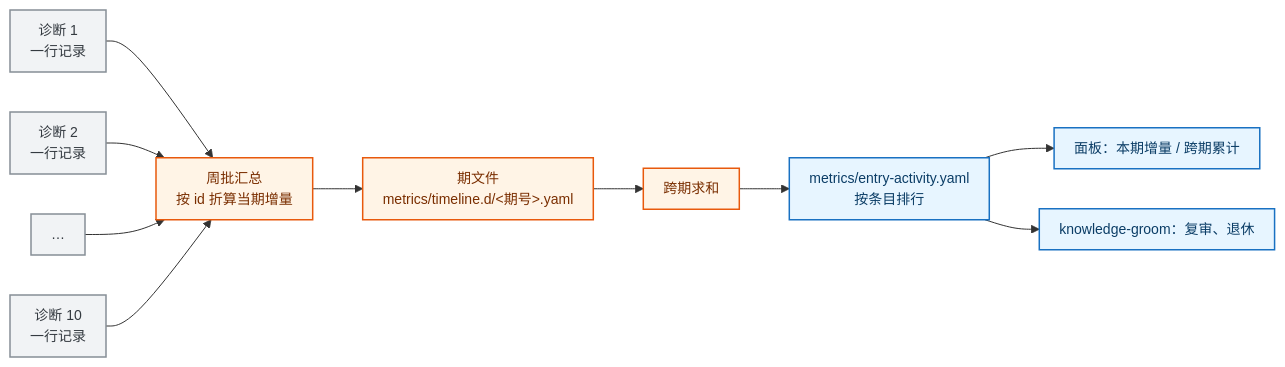
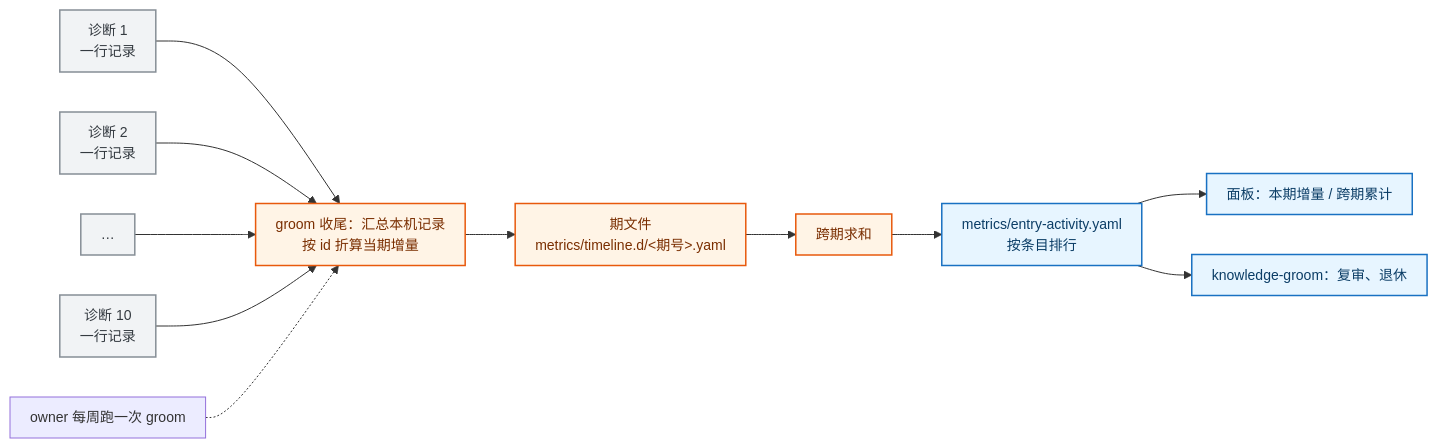
One commit to Bowen-Leee/ascend-sleuth changed the second of 4 diagrams in docs/mechanism/diagnosis-observability.md. Above: the diagram before and after it, drawn with Mermaid. The commit also changed other lines of this file and 1 other file, not shown here.

First line of the commit message:
docs(机制): 以 groom 视角写触发、去掉周批与台账等黑话

````diff
--- a/docs/mechanism/diagnosis-observability.md
+++ b/docs/mechanism/diagnosis-observability.md
@@ -131,20 +145,21 @@
 ```mermaid
 %%{init: {'themeVariables':{'fontSize':'14px'},'flowchart':{'curve':'basis','nodeSpacing':40,'rankSpacing':50,'padding':10}}}%%
 flowchart LR
     E1["诊断 1<br/>一行记录"] --> SUM
     E2["诊断 2<br/>一行记录"] --> SUM
     E3["…"] --> SUM
     E10["诊断 10<br/>一行记录"] --> SUM
-    SUM["周批汇总<br/>按 id 折算当期增量"] --> SRC["期文件<br/>metrics/timeline.d/&lt;期号&gt;.yaml"]
+    G0["owner 每周跑一次 groom"] -.-> SUM
+    SUM["groom 收尾：汇总本机记录<br/>按 id 折算当期增量"] --> SRC["期文件<br/>metrics/timeline.d/&lt;期号&gt;.yaml"]
     SRC --> AGG["跨期求和"]
     AGG --> RANK["metrics/entry-activity.yaml<br/>按条目排行"]
     RANK --> PANEL["面板：本期增量 / 跨期累计"]
     RANK --> GR["knowledge-groom：复审、退休"]
 
     classDef local fill:#f1f3f5,stroke:#868e96,stroke-width:1.5px,color:#343a40
     classDef src fill:#fff4e6,stroke:#e8590c,stroke-width:1.5px,color:#7a2e00
     classDef out fill:#e7f5ff,stroke:#1971c2,stroke-width:1.5px,color:#0b3d66
     class E1,E2,E3,E10 local
     class SUM,SRC,AGG src
     class RANK,PANEL,GR out
 ```
````
